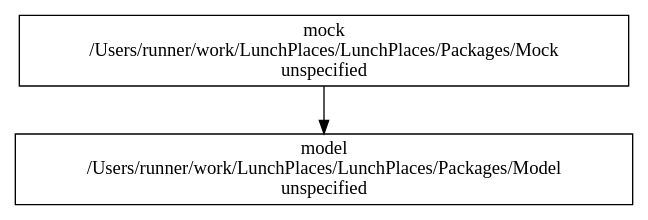
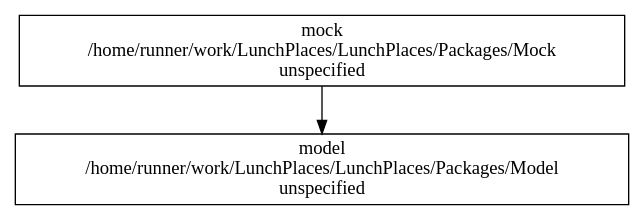
One commit to mgacy/LunchPlaces changed the diagram in Packages/Mock/images/dependencies.dot. Above: the diagram before and after it, drawn with Graphviz. The commit also changed 7 other files, not shown here.

Commit message:
Update package dependency graphs

```diff
--- a/Packages/Mock/images/dependencies.dot
+++ b/Packages/Mock/images/dependencies.dot
@@ -1,6 +1,6 @@
 digraph DependenciesGraph {
 node [shape = box]
-"/Users/runner/work/LunchPlaces/LunchPlaces/Packages/Mock" [label="mock\n/Users/runner/work/LunchPlaces/LunchPlaces/Packages/Mock\nunspecified"]
-"/Users/runner/work/LunchPlaces/LunchPlaces/Packages/Model" [label="model\n/Users/runner/work/LunchPlaces/LunchPlaces/Packages/Model\nunspecified"]
-"/Users/runner/work/LunchPlaces/LunchPlaces/Packages/Mock" -> "/Users/runner/work/LunchPlaces/LunchPlaces/Packages/Model"
+"/home/runner/work/LunchPlaces/LunchPlaces/Packages/Mock" [label="mock\n/home/runner/work/LunchPlaces/LunchPlaces/Packages/Mock\nunspecified"]
+"/home/runner/work/LunchPlaces/LunchPlaces/Packages/Model" [label="model\n/home/runner/work/LunchPlaces/LunchPlaces/Packages/Model\nunspecified"]
+"/home/runner/work/LunchPlaces/LunchPlaces/Packages/Mock" -> "/home/runner/work/LunchPlaces/LunchPlaces/Packages/Model"
 }
```
